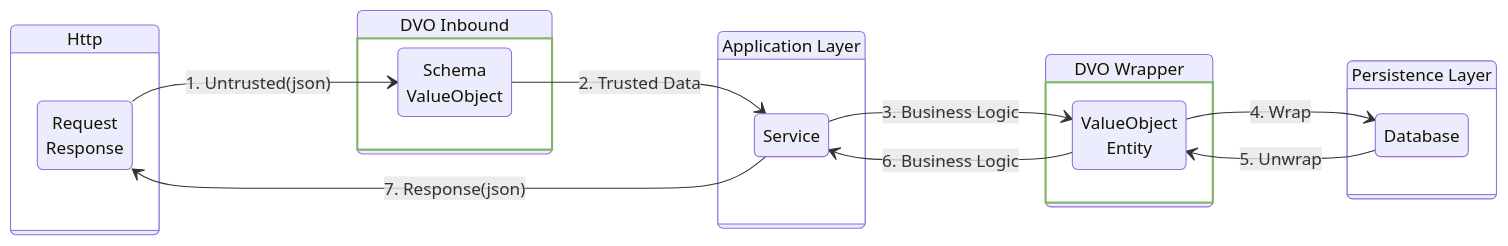
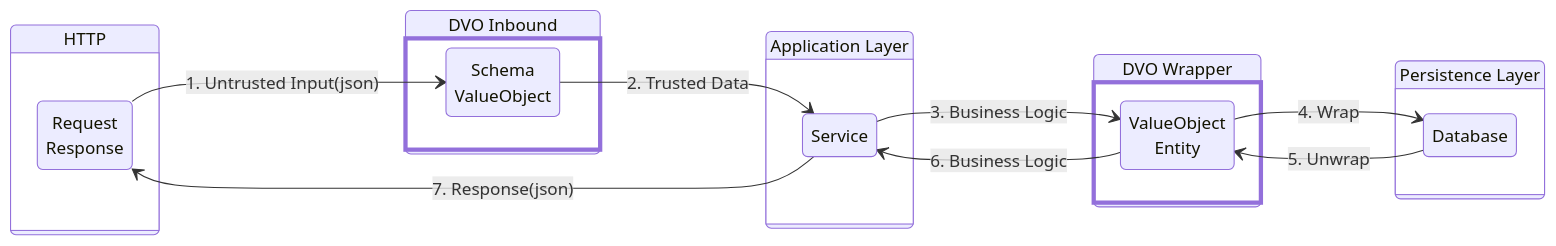
The diagram in README.md (kcmvp/dvo), drawn with Mermaid before and after one commit. The commit also changed other lines of this file, not shown here.

````diff
--- a/README.md
+++ b/README.md
@@ -38,37 +37,37 @@
 ```mermaid
 stateDiagram-v2
     direction LR
 
-    state "Http" as ext {
+    state "HTTP" as ext {
         direction TB
         A: Request<br>Response
     }
 
     state "DVO Inbound" as dvo {
         V: Schema<br>ValueObject
     }
 
     state "Application Layer" as app {
         S: Service
     }
 
     state "Persistence Layer" as per {
         DB: Database
     }
     
     state "DVO Wrapper" as outbound {
         W: ValueObject<br>Entity
     }
 
-    A --> V : 1. Untrusted(json)
+    A --> V : 1. Untrusted Input(json)
     V --> S : 2. Trusted Data
     S --> W : 3. Business Logic
     W --> DB : 4. Wrap
     DB --> W : 5. Unwrap
     W --> S : 6. Business Logic
     S --> A : 7. Response(json)
 
-    classDef dvoStyle stroke:#82B366,stroke-width:2px
+    classDef dvoStyle stroke:light-yellow,stroke-width:4px
     class dvo dvoStyle
     class outbound dvoStyle
 ```
````
